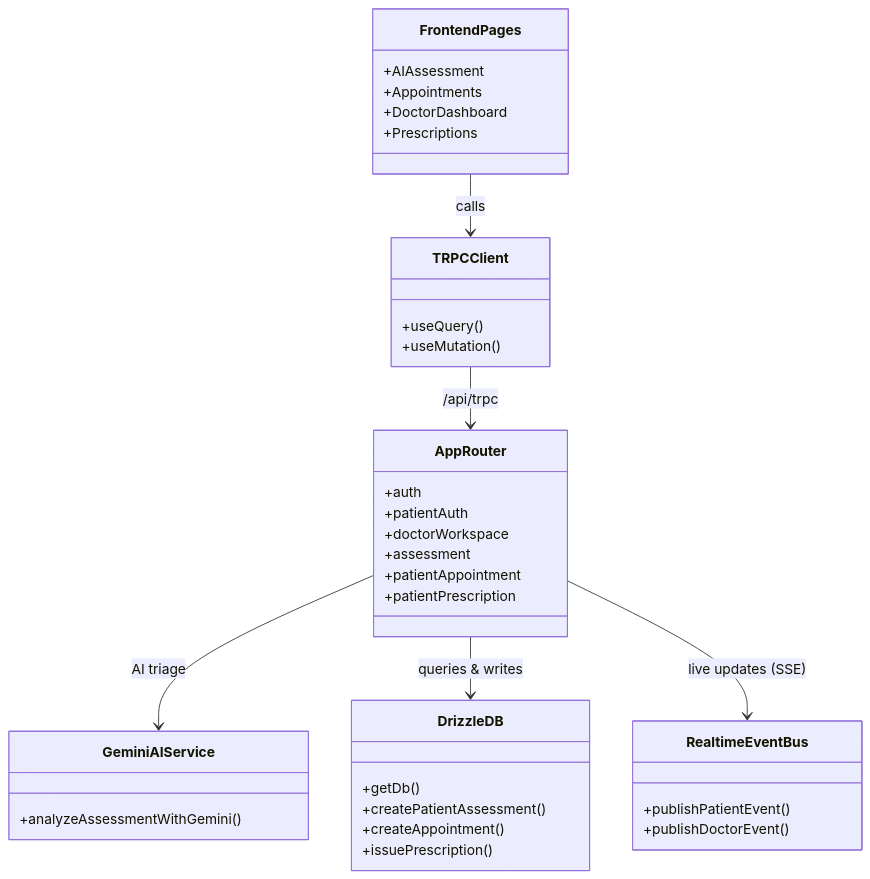
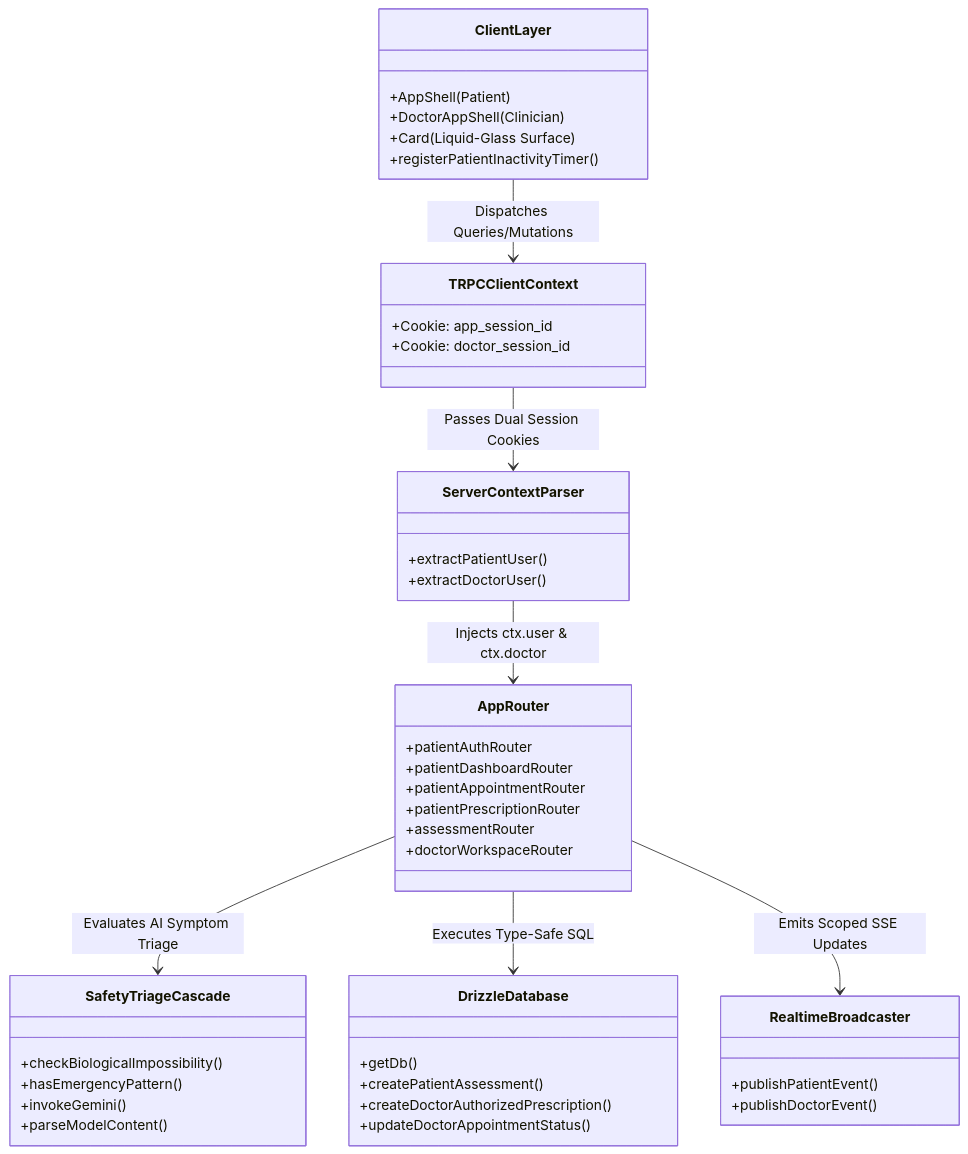
The second of 7 diagrams in SYSTEM_DIAGRAMS.md (sarthakmandhare34/New-LifeLink-Smart-Healthcare-Assistance-Platform), drawn with Mermaid before and after one commit. The commit also changed other lines of this file and 7 other files, not shown here.

Commit message:
docs: comprehensive update of project documentation, diagrams, and implementation reports

````diff
--- a/SYSTEM_DIAGRAMS.md
+++ b/SYSTEM_DIAGRAMS.md
@@ -211,47 +218,56 @@
 ```mermaid
 classDiagram
     direction TB
 
-    class FrontendPages {
-        +AIAssessment
-        +Appointments
-        +DoctorDashboard
-        +Prescriptions
+    class ClientLayer {
+        +AppShell (Patient)
+        +DoctorAppShell (Clinician)
+        +Card (Liquid-Glass Surface)
+        +registerPatientInactivityTimer()
     }
 
-    class TRPCClient {
-        +useQuery()
-        +useMutation()
+    class TRPCClientContext {
+        +Cookie: app_session_id
+        +Cookie: doctor_session_id
+    }
+
+    class ServerContextParser {
+        +extractPatientUser()
+        +extractDoctorUser()
     }
 
     class AppRouter {
-        +auth
-        +patientAuth
-        +doctorWorkspace
-        +assessment
-        +patientAppointment
-        +patientPrescription
+        +patientAuthRouter
+        +patientDashboardRouter
+        +patientAppointmentRouter
+        +patientPrescriptionRouter
+        +assessmentRouter
+        +doctorWorkspaceRouter
     }
 
-    class GeminiAIService {
-        +analyzeAssessmentWithGemini()
+    class SafetyTriageCascade {
+        +checkBiologicalImpossibility()
+        +hasEmergencyPattern()
+        +invokeGemini()
+        +parseModelContent()
     }
 
-    class RealtimeEventBus {
+    class RealtimeBroadcaster {
         +publishPatientEvent()
         +publishDoctorEvent()
     }
 
-    class DrizzleDB {
+    class DrizzleDatabase {
         +getDb()
         +createPatientAssessment()
-        +createAppointment()
-        +issuePrescription()
+        +createDoctorAuthorizedPrescription()
+        +updateDoctorAppointmentStatus()
     }
 
-    FrontendPages --> TRPCClient : calls
-    TRPCClient --> AppRouter : /api/trpc
-    AppRouter --> GeminiAIService : AI triage
-    AppRouter --> DrizzleDB : queries & writes
-    AppRouter --> RealtimeEventBus : live updates (SSE)
+    ClientLayer --> TRPCClientContext : Dispatches Queries/Mutations
+    TRPCClientContext --> ServerContextParser : Passes Dual Session Cookies
+    ServerContextParser --> AppRouter : Injects ctx.user & ctx.doctor
+    AppRouter --> SafetyTriageCascade : Evaluates AI Symptom Triage
+    AppRouter --> DrizzleDatabase : Executes Type-Safe SQL
+    AppRouter --> RealtimeBroadcaster : Emits Scoped SSE Updates
 ```
````
